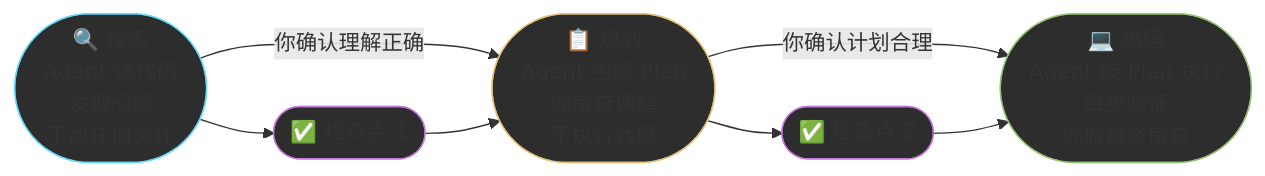
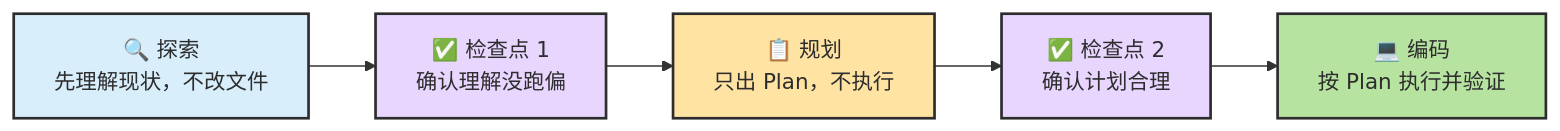
Before and after one commit to zht043/AgenticCodingTutorial: the first of 2 diagrams in docs/chapters/ch07-plan-prompt.md, drawn with Mermaid. The commit also changed other lines of this file and 69 other files, not shown here.

Commit message:
optimize docs and add mermaid validation

````diff
--- a/docs/chapters/ch07-plan-prompt.md
+++ b/docs/chapters/ch07-plan-prompt.md
@@ -17,19 +17,15 @@
 ```mermaid
 flowchart LR
-    classDef explore fill:#2d2d2d,stroke:#61dafb
-    classDef plan fill:#2d2d2d,stroke:#e5c07b
-    classDef code fill:#2d2d2d,stroke:#98c379
-    classDef check fill:#2d2d2d,stroke:#c678dd
+    classDef explore fill:#d8eefb,stroke:#2d2d2d,stroke-width:2px,color:#2d2d2d
+    classDef plan fill:#ffe3a3,stroke:#2d2d2d,stroke-width:2px,color:#2d2d2d
+    classDef code fill:#b7e3a1,stroke:#2d2d2d,stroke-width:2px,color:#2d2d2d
+    classDef gate fill:#e8d6ff,stroke:#2d2d2d,stroke-width:2px,color:#2d2d2d
 
-    E(["🔍 探索<br/>Agent 读代码<br/>发现问题<br/>不改任何文件"]):::explore
-    P(["📋 规划<br/>Agent 生成 Plan<br/>你审查调整<br/>不执行代码"]):::plan
-    C(["💻 编码<br/>Agent 按 Plan 执行<br/>每步验证<br/>你做最终审查"]):::code
-
-    E -->|"你确认理解正确"| P
-    P -->|"你确认计划合理"| C
-
-    G1(["✅ 检查点 1"]):::check
-    G2(["✅ 检查点 2"]):::check
+    E["🔍 探索<br/>先理解现状，不改文件"]:::explore
+    G1["✅ 检查点 1<br/>确认理解没跑偏"]:::gate
+    P["📋 规划<br/>只出 Plan，不执行"]:::plan
+    G2["✅ 检查点 2<br/>确认计划合理"]:::gate
+    C["💻 编码<br/>按 Plan 执行并验证"]:::code
 
     E --> G1 --> P --> G2 --> C
 ```
````
